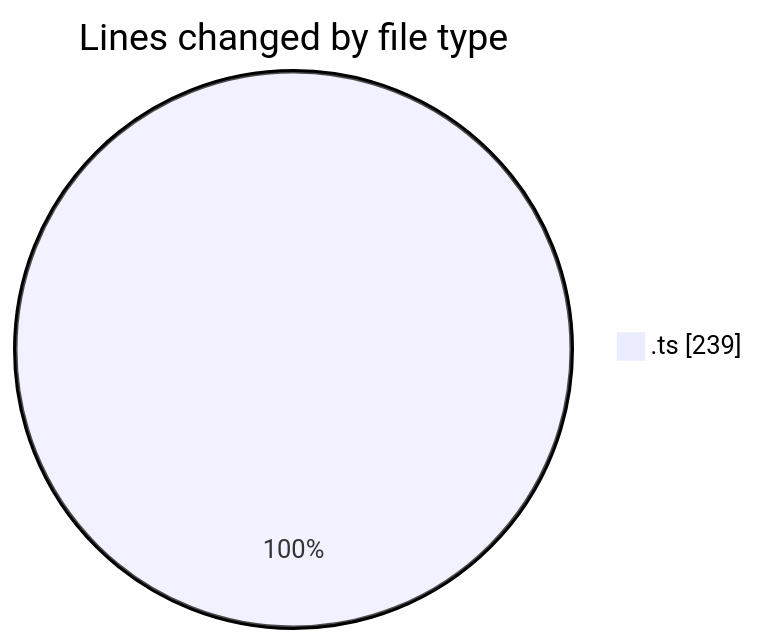
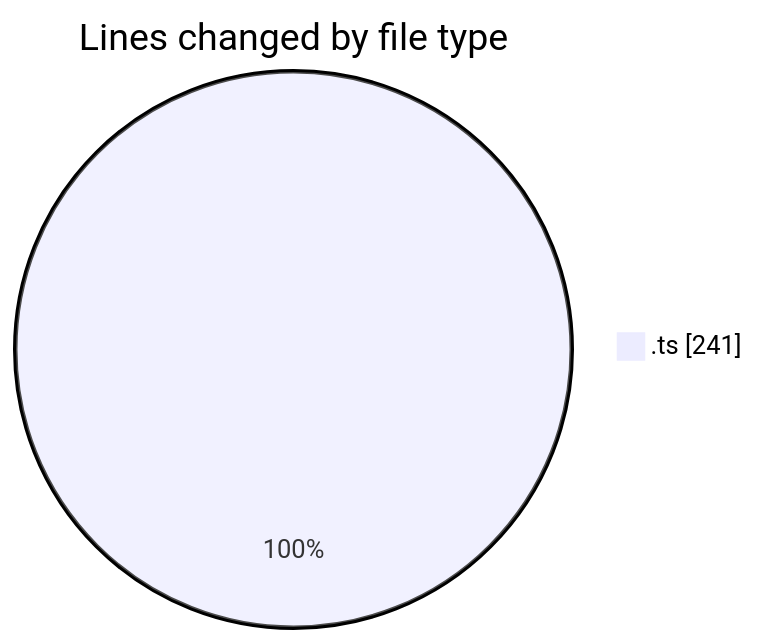
One commit to momahboobian/code-tracking changed the first of 2 diagrams in 2025-09-12/cda/README.md. Above: the diagram before and after it, drawn with Mermaid. The commit also changed other lines of this file and 1 other file, not shown here.

````diff
--- a/2025-09-12/cda/README.md
+++ b/2025-09-12/cda/README.md
@@ -22,5 +22,5 @@
 ```mermaid
 pie showData
 title Lines changed by file type
-".ts" : 239
+".ts" : 241
 ```
````
